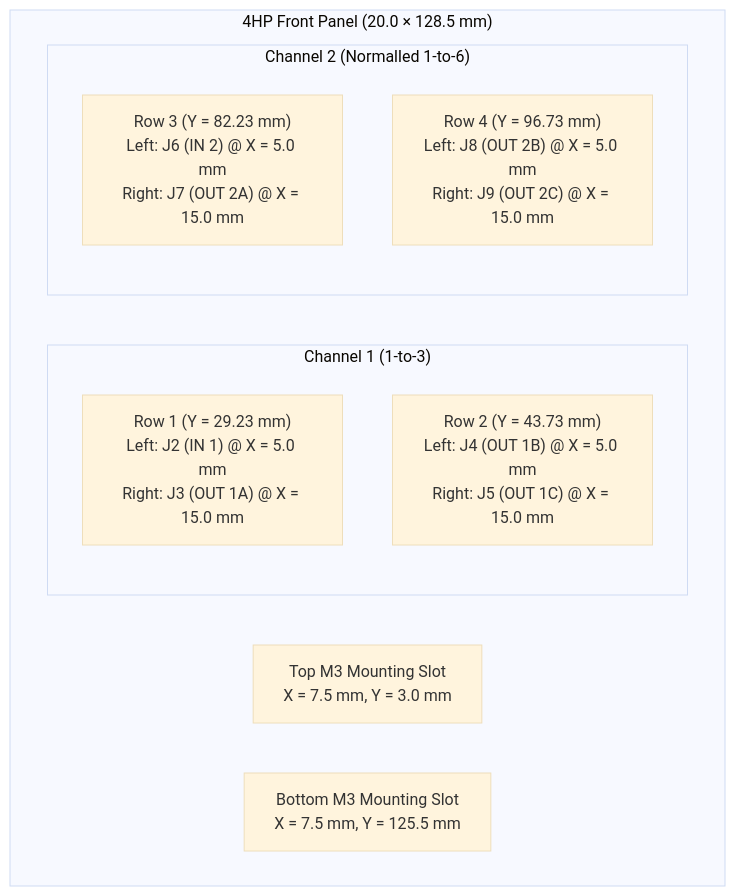
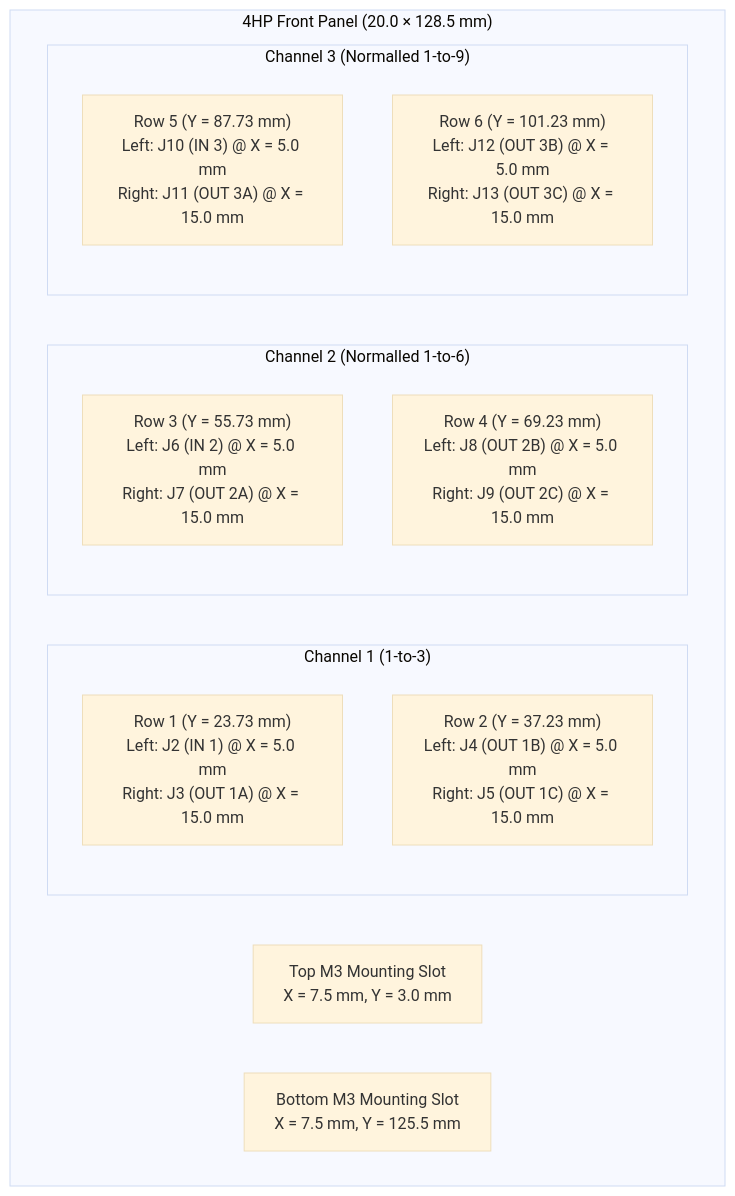
The diagram in FRONT_PANEL_GUIDE.md (domesticmouse/BufferedMult-SKiDL), drawn with Mermaid (base theme) before and after one commit. The commit also changed other lines of this file and 10 other files, not shown here.

````diff
--- a/FRONT_PANEL_GUIDE.md
+++ b/FRONT_PANEL_GUIDE.md
@@ -18,15 +18,19 @@
 ```mermaid
 flowchart TD
     subgraph Panel["4HP Front Panel (20.0 × 128.5 mm)"]
         M_TOP["Top M3 Mounting Slot<br/>X = 7.5 mm, Y = 3.0 mm"]
         subgraph CH1["Channel 1 (1-to-3)"]
-            R1["Row 1 (Y = 29.23 mm)<br/>Left: J2 (IN 1) @ X = 5.0 mm<br/>Right: J3 (OUT 1A) @ X = 15.0 mm"]
-            R2["Row 2 (Y = 43.73 mm)<br/>Left: J4 (OUT 1B) @ X = 5.0 mm<br/>Right: J5 (OUT 1C) @ X = 15.0 mm"]
+            R1["Row 1 (Y = 23.73 mm)<br/>Left: J2 (IN 1) @ X = 5.0 mm<br/>Right: J3 (OUT 1A) @ X = 15.0 mm"]
+            R2["Row 2 (Y = 37.23 mm)<br/>Left: J4 (OUT 1B) @ X = 5.0 mm<br/>Right: J5 (OUT 1C) @ X = 15.0 mm"]
         end
         subgraph CH2["Channel 2 (Normalled 1-to-6)"]
-            R3["Row 3 (Y = 82.23 mm)<br/>Left: J6 (IN 2) @ X = 5.0 mm<br/>Right: J7 (OUT 2A) @ X = 15.0 mm"]
-            R4["Row 4 (Y = 96.73 mm)<br/>Left: J8 (OUT 2B) @ X = 5.0 mm<br/>Right: J9 (OUT 2C) @ X = 15.0 mm"]
+            R3["Row 3 (Y = 55.73 mm)<br/>Left: J6 (IN 2) @ X = 5.0 mm<br/>Right: J7 (OUT 2A) @ X = 15.0 mm"]
+            R4["Row 4 (Y = 69.23 mm)<br/>Left: J8 (OUT 2B) @ X = 5.0 mm<br/>Right: J9 (OUT 2C) @ X = 15.0 mm"]
+        end
+        subgraph CH3["Channel 3 (Normalled 1-to-9)"]
+            R5["Row 5 (Y = 87.73 mm)<br/>Left: J10 (IN 3) @ X = 5.0 mm<br/>Right: J11 (OUT 3A) @ X = 15.0 mm"]
+            R6["Row 6 (Y = 101.23 mm)<br/>Left: J12 (OUT 3B) @ X = 5.0 mm<br/>Right: J13 (OUT 3C) @ X = 15.0 mm"]
         end
         M_BOT["Bottom M3 Mounting Slot<br/>X = 7.5 mm, Y = 125.5 mm"]
     end
 ```
````
